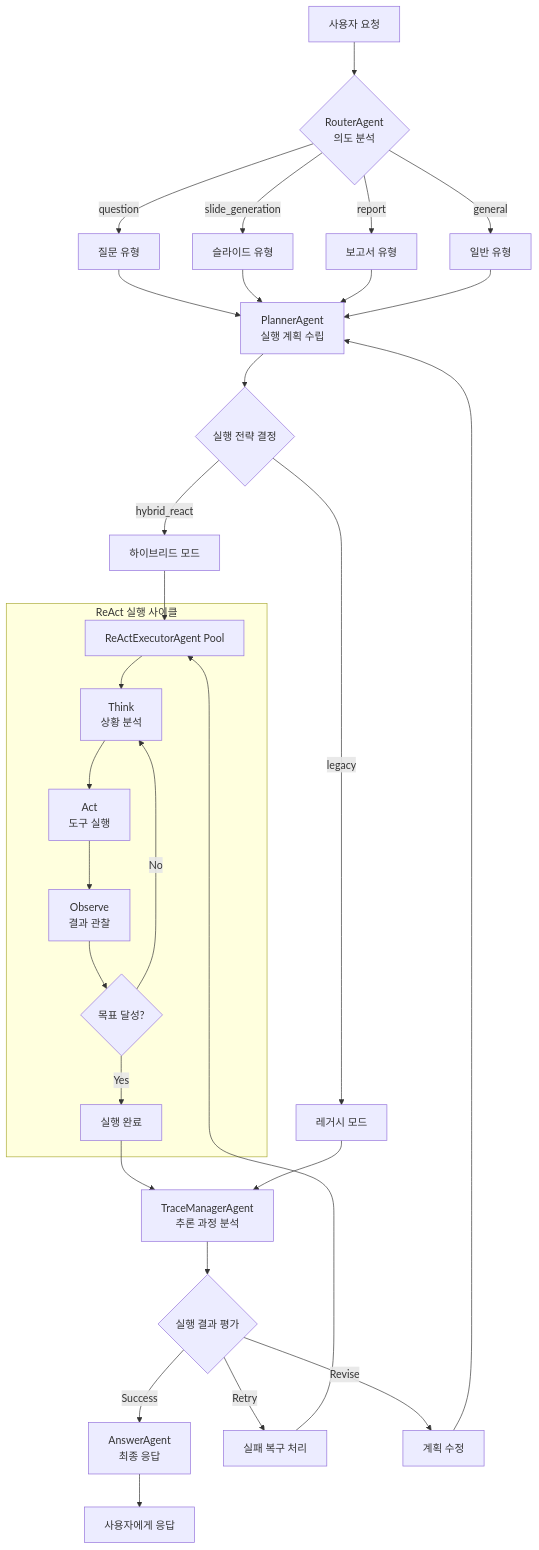
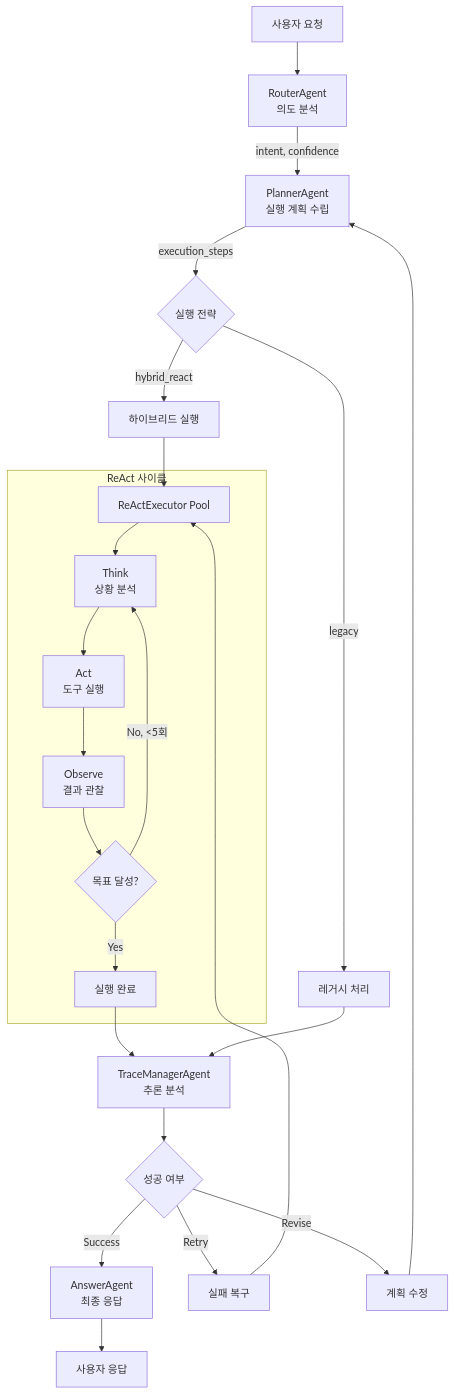
One commit to Qulip/CloudRegiX changed the second of 3 diagrams in README.md. Above: the diagram before and after it, drawn with Mermaid. The commit also changed other lines of this file, not shown here.

````diff
--- a/README.md
+++ b/README.md
@@ -391,44 +141,36 @@
 ```mermaid
 flowchart TD
-    Start[사용자 요청] --> Router{RouterAgent<br/>의도 분석}
+    Start[사용자 요청] --> Router[RouterAgent<br/>의도 분석]
 
-    Router -->|question| Q[질문 유형]
-    Router -->|slide_generation| S[슬라이드 유형]
-    Router -->|report| R[보고서 유형]
-    Router -->|general| G[일반 유형]
+    Router --> |intent, confidence| Planner[PlannerAgent<br/>실행 계획 수립]
 
-    Q --> Planner[PlannerAgent<br/>실행 계획 수립]
-    S --> Planner
-    R --> Planner
-    G --> Planner
+    Planner --> |execution_steps| Strategy{실행 전략}
 
-    Planner --> Strategy{실행 전략 결정}
+    Strategy --> |hybrid_react| Hybrid[하이브리드 실행]
+    Strategy --> |legacy| Legacy[레거시 처리]
 
-    Strategy -->|hybrid_react| HybridMode[하이브리드 모드]
-    Strategy -->|legacy| LegacyMode[레거시 모드]
+    Hybrid --> Pool[ReActExecutor Pool]
 
-    HybridMode --> ExecutorPool[ReActExecutorAgent Pool]
-
-    subgraph "ReAct 실행 사이클"
-        ExecutorPool --> Think[Think<br/>상황 분석]
+    subgraph "ReAct 사이클"
+        Pool --> Think[Think<br/>상황 분석]
         Think --> Act[Act<br/>도구 실행]
         Act --> Observe[Observe<br/>결과 관찰]
-        Observe --> Decide{목표 달성?}
-        Decide -->|No| Think
-        Decide -->|Yes| Complete[실행 완료]
+        Observe --> Check{목표 달성?}
+        Check -->|No, <5회| Think
+        Check -->|Yes| Complete[실행 완료]
     end
 
-    Complete --> TraceManager[TraceManagerAgent<br/>추론 과정 분석]
-    LegacyMode --> TraceManager
+    Complete --> Trace[TraceManagerAgent<br/>추론 분석]
+    Legacy --> Trace
 
-    TraceManager --> Assessment{실행 결과 평가}
+    Trace --> Assess{성공 여부}
 
-    Assessment -->|Success| FinalAnswer[AnswerAgent<br/>최종 응답]
-    Assessment -->|Retry| Recovery[실패 복구 처리]
-    Assessment -->|Revise| PlanRevision[계획 수정]
+    Assess -->|Success| Final[AnswerAgent<br/>최종 응답]
+    Assess -->|Retry| Recovery[실패 복구]
+    Assess -->|Revise| Revision[계획 수정]
 
-    Recovery --> ExecutorPool
-    PlanRevision --> Planner
+    Recovery --> Pool
+    Revision --> Planner
 
-    FinalAnswer --> End[사용자에게 응답]
+    Final --> End[사용자 응답]
 ```
````
